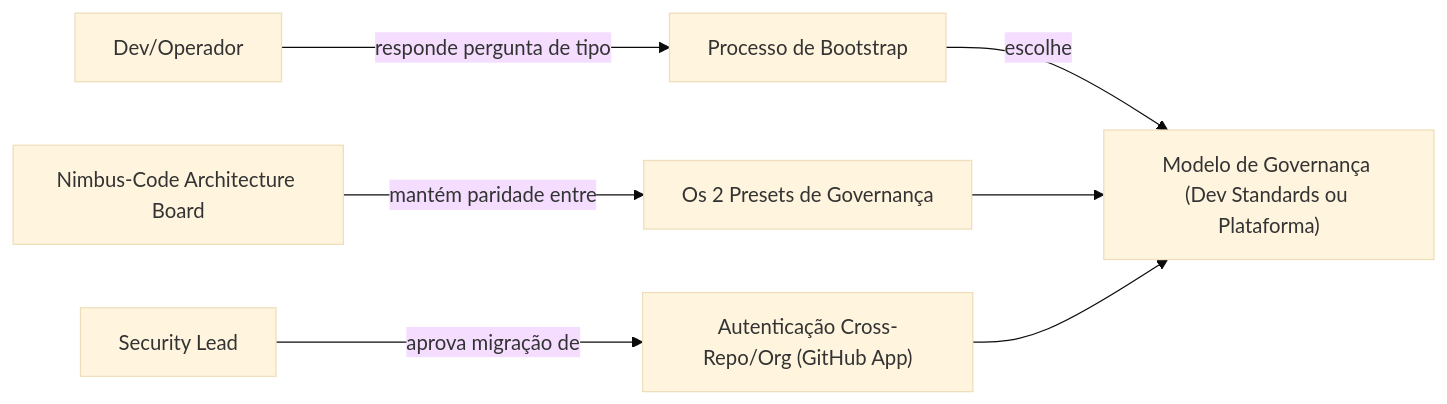
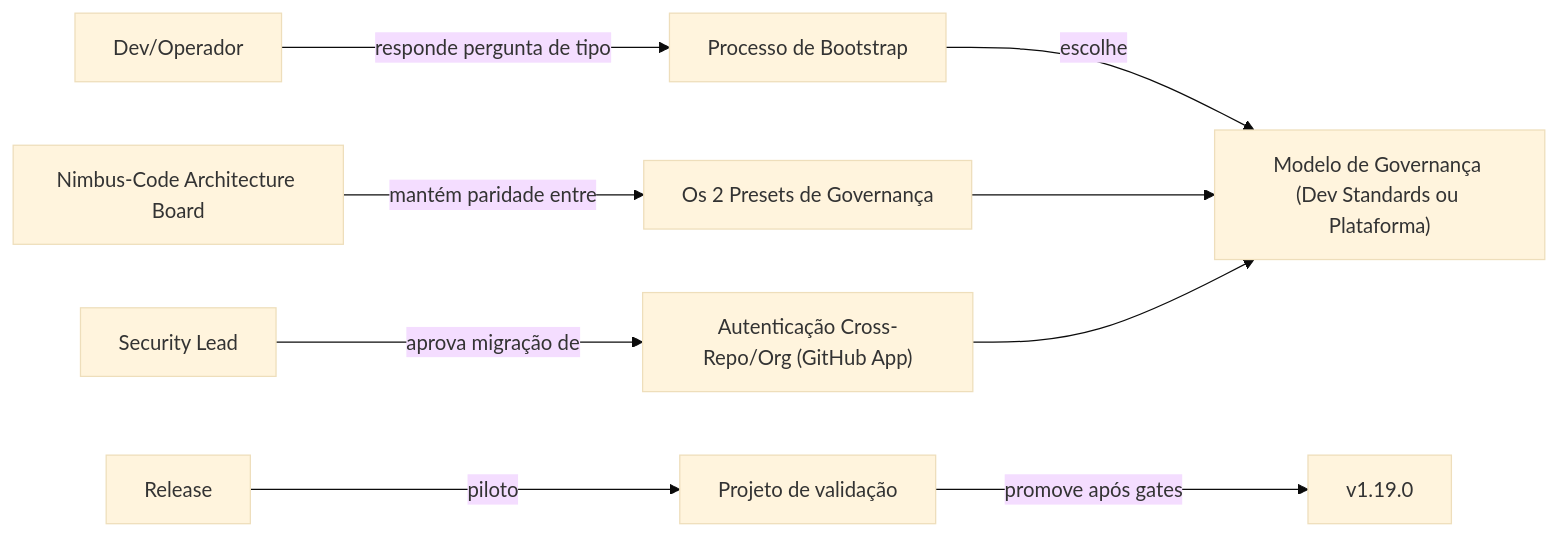
Before and after one commit to lrodriguesvpn/nimbus-code: the second of 2 diagrams in specs/008-bootstrap-governance-hardening/graph.md, drawn with Mermaid (base theme). The commit also changed other lines of this file and 118 other files, not shown here.

First line of the commit message:
feat(governance): standardize SPECs 007-023 quality gates, versioning and candidate release

````diff
--- a/specs/008-bootstrap-governance-hardening/graph.md
+++ b/specs/008-bootstrap-governance-hardening/graph.md
@@ -27,12 +31,14 @@
 ```mermaid
 graph LR
     Dev["Dev/Operador"] -->|responde pergunta de tipo| Bootstrap["Processo de Bootstrap"]
     Bootstrap -->|escolhe| GovernancaModel["Modelo de Governança (Dev Standards ou Plataforma)"]
 
     ArchBoard["Nimbus-Code Architecture Board"] -->|mantém paridade entre| DoisPresets["Os 2 Presets de Governança"]
 
     SecurityLead["Security Lead"] -->|aprova migração de| AutenticacaoCrossRepo["Autenticação Cross-Repo/Org (GitHub App)"]
 
     DoisPresets --> GovernancaModel
     AutenticacaoCrossRepo --> GovernancaModel
+    Release -->|piloto| Pilot["Projeto de validação"]
+    Pilot -->|promove após gates| Final["v1.19.0"]
 ```
````
